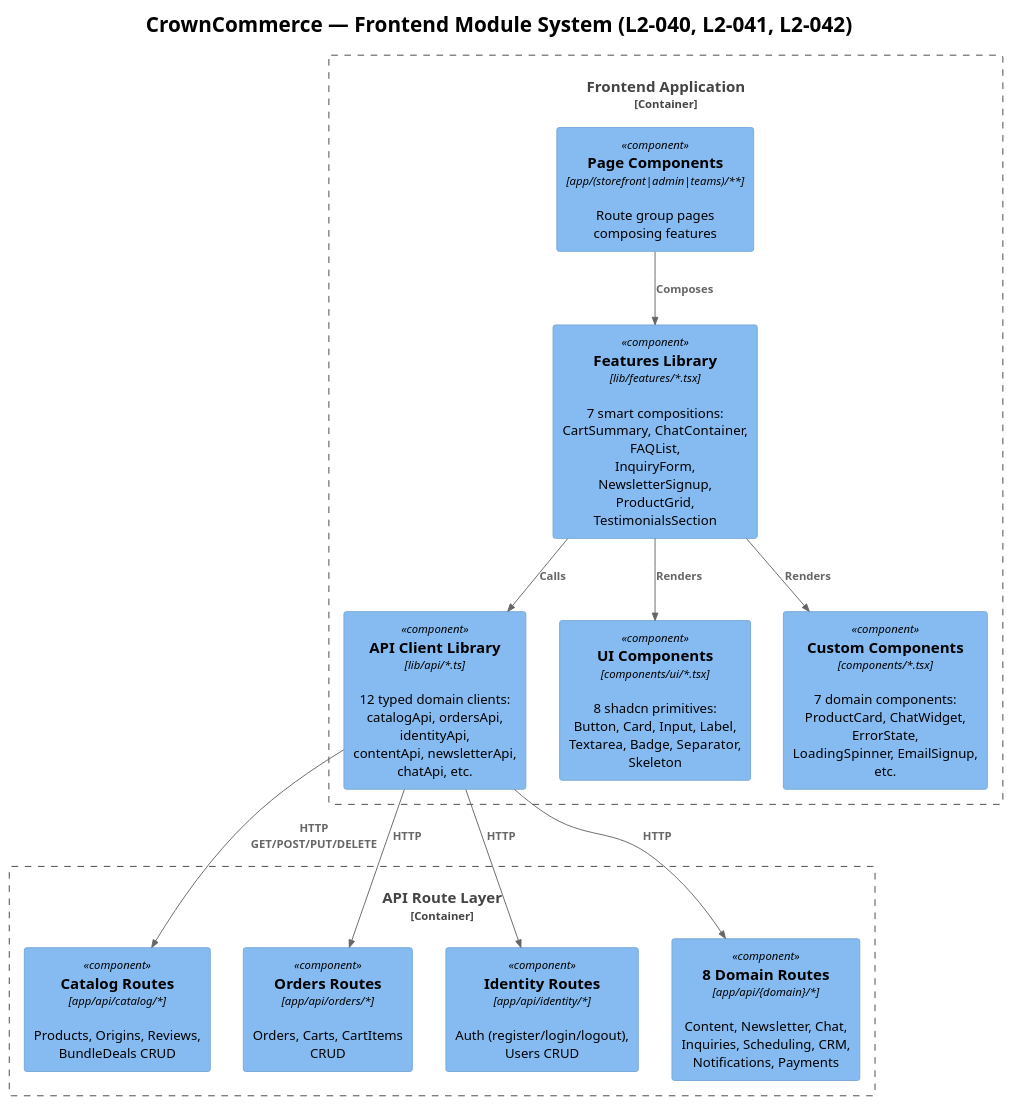
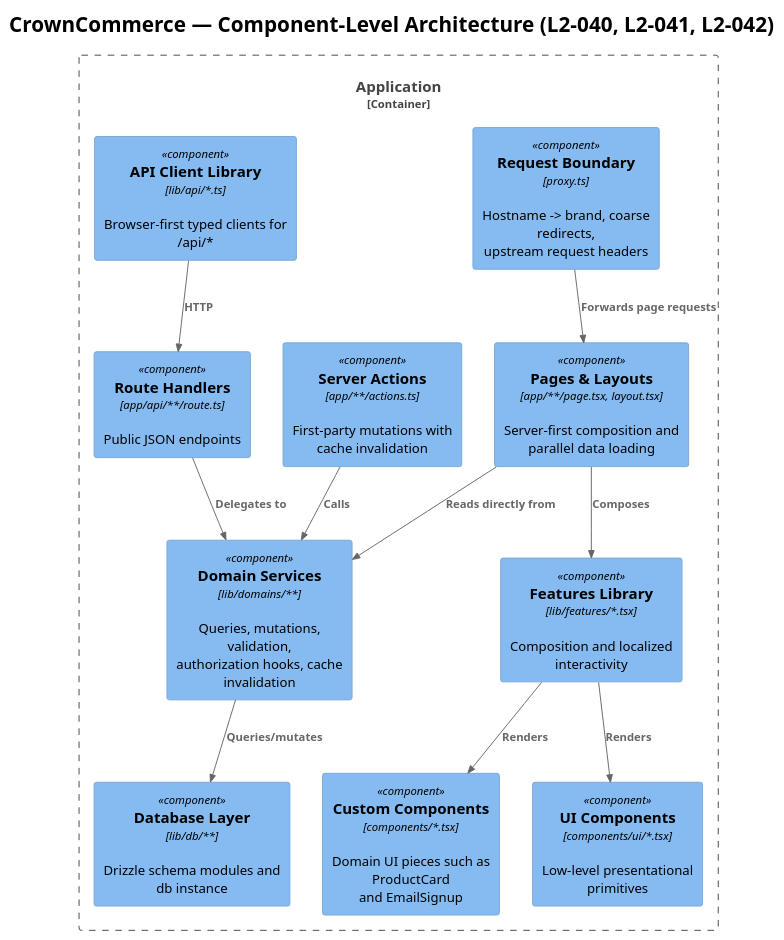
One commit to QuinntyneBrown/CrownCommerce changed the diagram in docs/detailed-designs/01-platform-architecture/diagrams/c4-component.puml. Above: the diagram before and after it, drawn with PlantUML. The commit also changed 15 other files, not shown here.

```diff
--- a/docs/detailed-designs/01-platform-architecture/diagrams/c4-component.puml
+++ b/docs/detailed-designs/01-platform-architecture/diagrams/c4-component.puml
@@ -1,31 +1,30 @@
 @startuml c4-component
 !theme plain
 !include <C4/C4_Component>
 
-title CrownCommerce — Frontend Module System (L2-040, L2-041, L2-042)
+title CrownCommerce — Component-Level Architecture (L2-040, L2-041, L2-042)
 
-Container_Boundary(frontend, "Frontend Application") {
-    Component(pages, "Page Components", "app/(storefront|admin|teams)/**", "Route group pages composing features")
-    Component(features, "Features Library", "lib/features/*.tsx", "7 smart compositions:\nCartSummary, ChatContainer, FAQList,\nInquiryForm, NewsletterSignup,\nProductGrid, TestimonialsSection")
-    Component(api_clients, "API Client Library", "lib/api/*.ts", "12 typed domain clients:\ncatalogApi, ordersApi, identityApi,\ncontentApi, newsletterApi, chatApi, etc.")
-    Component(ui_components, "UI Components", "components/ui/*.tsx", "8 shadcn primitives:\nButton, Card, Input, Label,\nTextarea, Badge, Separator, Skeleton")
-    Component(custom_components, "Custom Components", "components/*.tsx", "7 domain components:\nProductCard, ChatWidget, ErrorState,\nLoadingSpinner, EmailSignup, etc.")
+Container_Boundary(app, "Application") {
+    Component(proxy, "Request Boundary", "proxy.ts", "Hostname -> brand, coarse redirects,\nupstream request headers")
+    Component(pages, "Pages & Layouts", "app/**/page.tsx, layout.tsx", "Server-first composition and parallel data loading")
+    Component(server_actions, "Server Actions", "app/**/actions.ts", "First-party mutations with cache invalidation")
+    Component(features, "Features Library", "lib/features/*.tsx", "Composition and localized interactivity")
+    Component(ui_components, "UI Components", "components/ui/*.tsx", "Low-level presentational primitives")
+    Component(custom_components, "Custom Components", "components/*.tsx", "Domain UI pieces such as ProductCard\nand EmailSignup")
+    Component(api_clients, "API Client Library", "lib/api/*.ts", "Browser-first typed clients for /api/*")
+    Component(route_handlers, "Route Handlers", "app/api/**/route.ts", "Public JSON endpoints")
+    Component(domain_services, "Domain Services", "lib/domains/**", "Queries, mutations, validation,\nauthorization hooks, cache invalidation")
+    Component(db_layer, "Database Layer", "lib/db/**", "Drizzle schema modules and db instance")
 }
 
-Container_Boundary(backend, "API Route Layer") {
-    Component(catalog_api, "Catalog Routes", "app/api/catalog/*", "Products, Origins, Reviews,\nBundleDeals CRUD")
-    Component(orders_api, "Orders Routes", "app/api/orders/*", "Orders, Carts, CartItems CRUD")
-    Component(identity_api, "Identity Routes", "app/api/identity/*", "Auth (register/login/logout),\nUsers CRUD")
-    Component(other_api, "8 Domain Routes", "app/api/{domain}/*", "Content, Newsletter, Chat,\nInquiries, Scheduling, CRM,\nNotifications, Payments")
-}
-
+Rel(proxy, pages, "Forwards page requests")
+Rel(pages, domain_services, "Reads directly from")
 Rel(pages, features, "Composes")
-Rel(features, api_clients, "Calls")
 Rel(features, ui_components, "Renders")
 Rel(features, custom_components, "Renders")
-Rel(api_clients, catalog_api, "HTTP GET/POST/PUT/DELETE")
-Rel(api_clients, orders_api, "HTTP")
-Rel(api_clients, identity_api, "HTTP")
-Rel(api_clients, other_api, "HTTP")
+Rel(server_actions, domain_services, "Calls")
+Rel(api_clients, route_handlers, "HTTP")
+Rel(route_handlers, domain_services, "Delegates to")
+Rel(domain_services, db_layer, "Queries/mutates")
 
 @enduml
```
